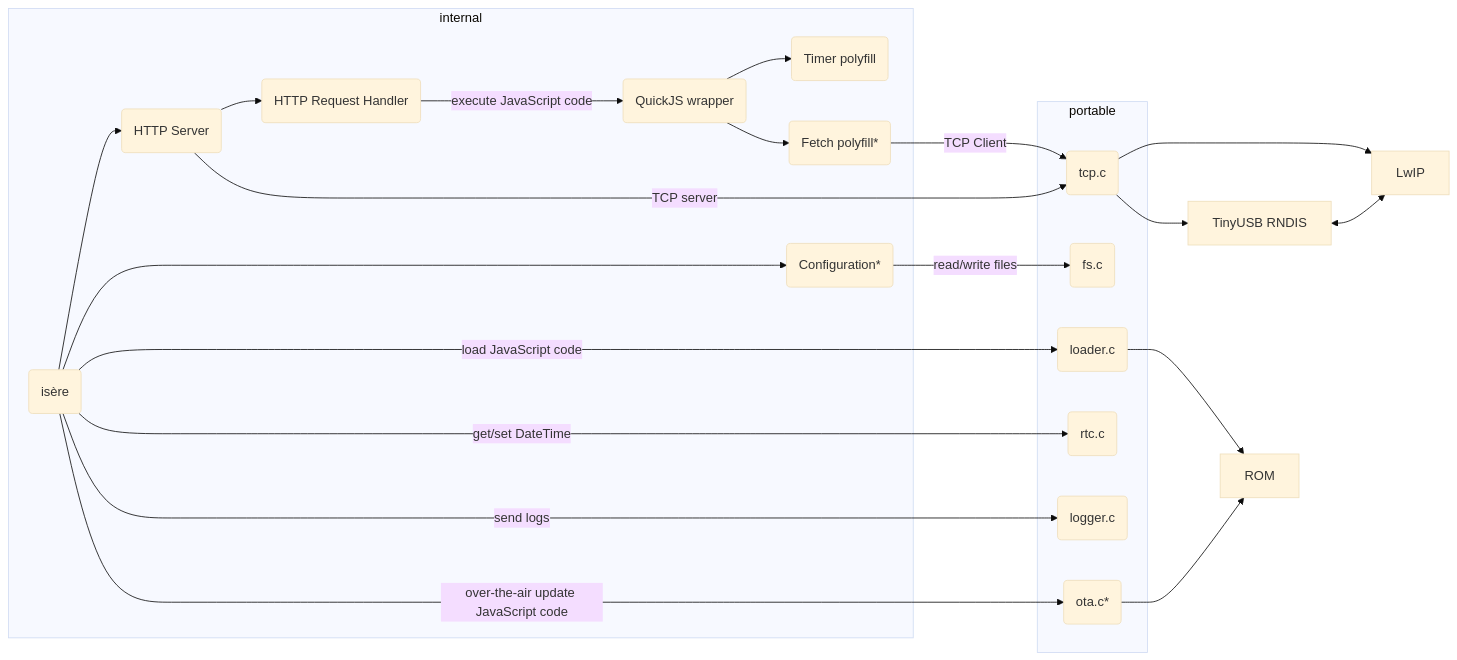
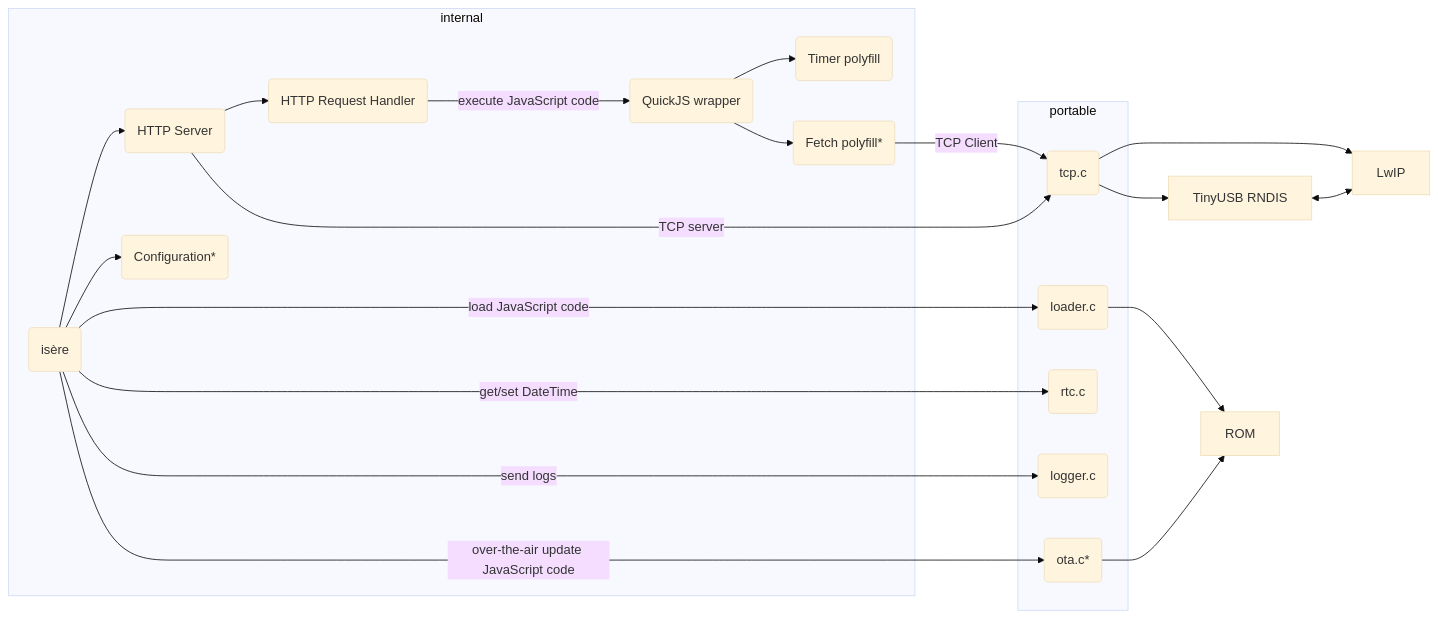
The diagram in portable/pico2/README.md (jeeyo/isere), drawn with Mermaid (base theme) before and after one commit. The commit also changed 67 other files, not shown here.

````diff
--- a/portable/pico2/README.md
+++ b/portable/pico2/README.md
@@ -3,31 +3,30 @@
 ```mermaid
 flowchart LR
     subgraph internal
     isere(isère) --> httpd(HTTP Server)
     httpd --> http_handler(HTTP Request Handler)
     http_handler -->|execute JavaScript code| js(QuickJS wrapper)
     js --> timer_polyfill(Timer polyfill)
     js --> fetch_polyfill(Fetch polyfill*)
     isere --> ini(Configuration*)
     end
 
     subgraph portable
     isere -->|load JavaScript code| loader(loader.c)
     httpd -->|TCP server| tcp(tcp.c)
 
     isere -->|get/set DateTime| rtc(rtc.c)
 
     isere -->|send logs| logger(logger.c)
-    ini -->|read/write files| fs(fs.c)
     isere -->|over-the-air update JavaScript code| ota(ota.c*)
     end
 
     fetch_polyfill -->|TCP Client| tcp
 
     tcp --> lwip[LwIP]
     tcp --> tusb[TinyUSB RNDIS]
     tusb <--> lwip
 
     loader --> rom[ROM]
     ota --> rom
 ```
````
